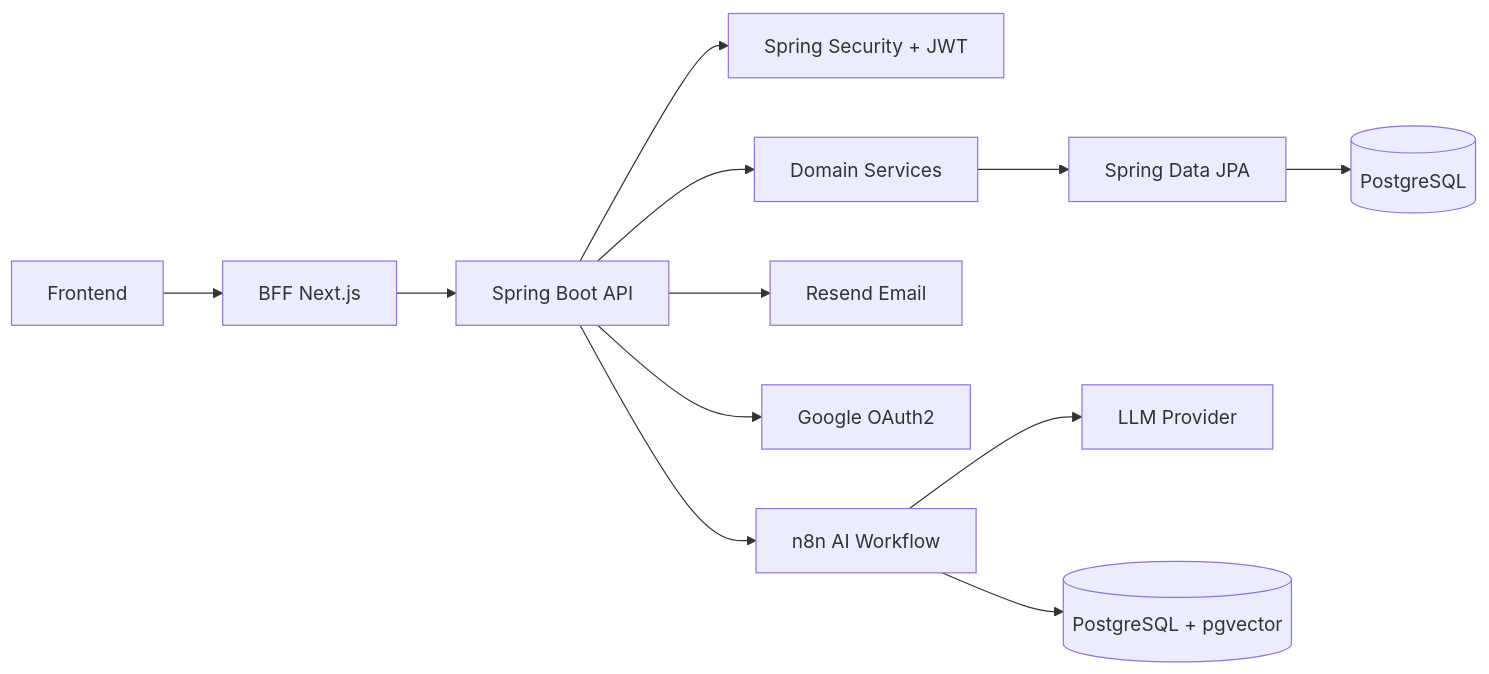
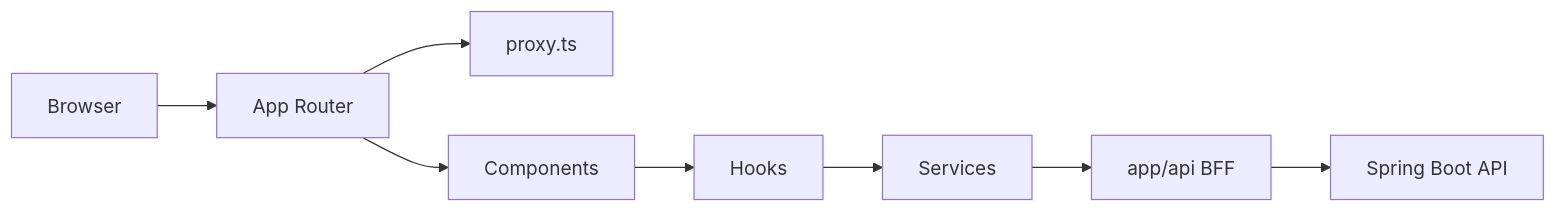
One commit to AllanGaBRs/allanflow-frontend changed the diagram in README.md. Above: the diagram before and after it, drawn with Mermaid. The commit also changed other lines of this file, not shown here.

````diff
--- a/README.md
+++ b/README.md
@@ -38,18 +39,19 @@
 ```mermaid
 flowchart LR
-  Browser[Frontend] --> BFF[BFF Next.js]
-  BFF --> API[Spring Boot API]
+  Browser[Browser]
 
-  API --> Security[Spring Security + JWT]
-  API --> Services[Domain Services]
+    UI[App Router]
+    BFF[app/api BFF]
+    Proxy[proxy.ts]
+    Components[Components]
+    Hooks[Hooks]
+    Services[Services]
 
-  Services --> JPA[Spring Data JPA]
-  JPA --> DB[(PostgreSQL)]
-
-  API --> Resend[Resend Email]
-  API --> Google[Google OAuth2]
-
-  API --> n8n[n8n AI Workflow]
-  n8n --> AI[LLM Provider]
-  n8n --> PGVector[(PostgreSQL + pgvector)]
+  Browser --> UI
+  UI --> Proxy
+  UI --> Components
+  Components --> Hooks
+  Hooks --> Services
+  Services --> BFF
+  BFF --> Backend[Spring Boot API]
 ```
````
